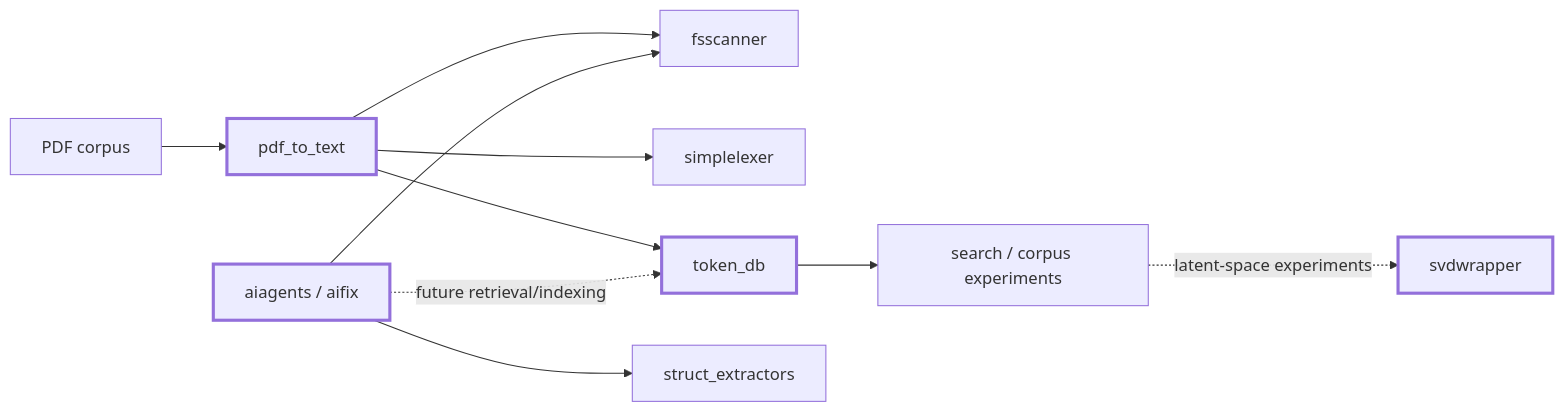
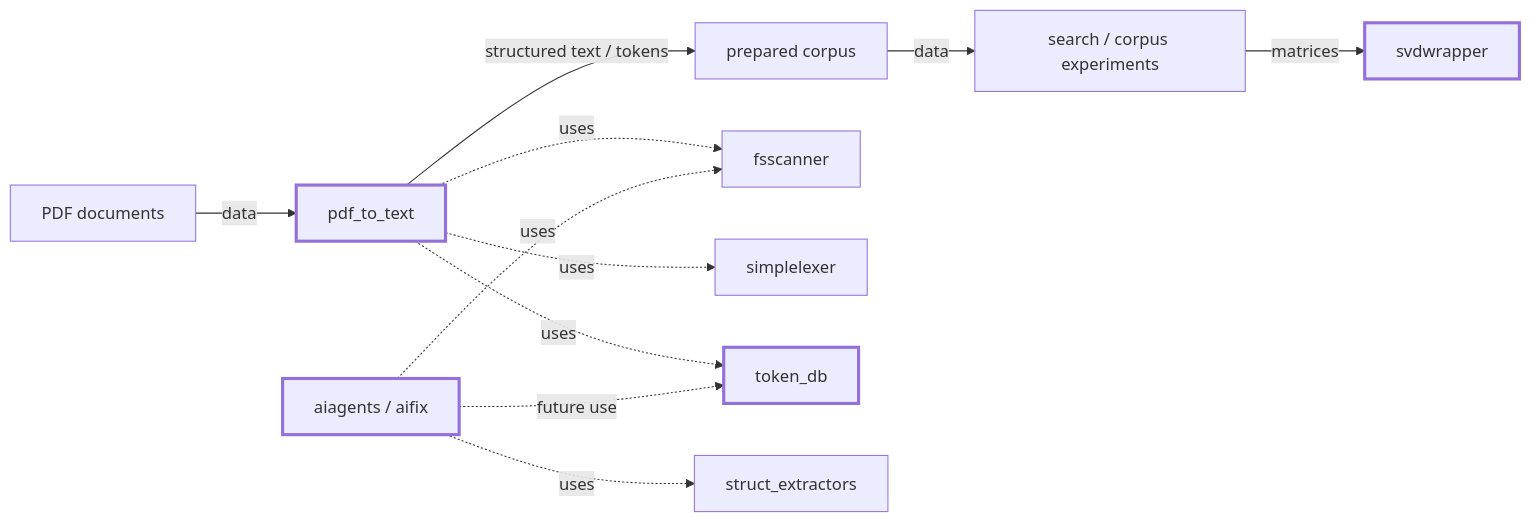
One commit to witold-k/witold-k changed the first of 3 diagrams in README.md. Above: the diagram before and after it, drawn with Mermaid. The commit also changed other lines of this file, not shown here.

Commit message:
Make diagram semantics and data flow explicit

````diff
--- a/README.md
+++ b/README.md
@@ -11,18 +13,20 @@
 ```mermaid
 flowchart LR
-    PDF[PDF corpus] --> P[pdf_to_text]
-    P --> FS[fsscanner]
-    P --> LX[simplelexer]
-    P --> T[token_db]
-    T --> S[search / corpus experiments]
-    S -. latent-space experiments .-> SVD[svdwrapper]
+    PDF[PDF documents] -->|data| P[pdf_to_text]
+    P -->|structured text / tokens| CORPUS[prepared corpus]
+    CORPUS -->|data| SEARCH[search / corpus experiments]
+    SEARCH -->|matrices| SVD[svdwrapper]
 
-    A[aiagents / aifix] --> FS
-    A --> SE[struct_extractors]
-    A -. future retrieval/indexing .-> T
+    P -.->|uses| FS[fsscanner]
+    P -.->|uses| LX[simplelexer]
+    P -.->|uses| T[token_db]
+
+    A[aiagents / aifix] -.->|uses| FS
+    A -.->|uses| SE[struct_extractors]
+    A -.->|future use| T
 
     style A stroke-width:3px
     style P stroke-width:3px
     style T stroke-width:3px
     style SVD stroke-width:3px
 ```
````
